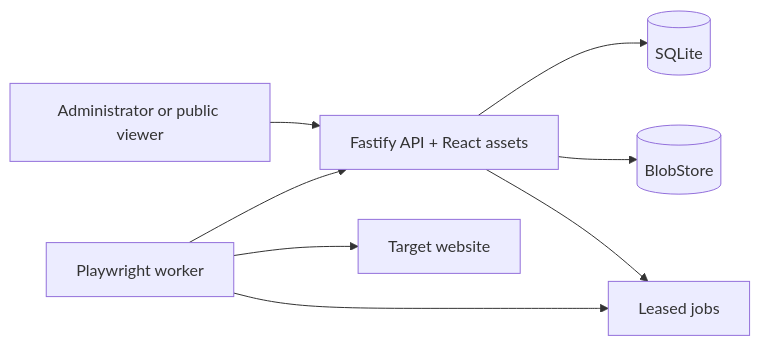
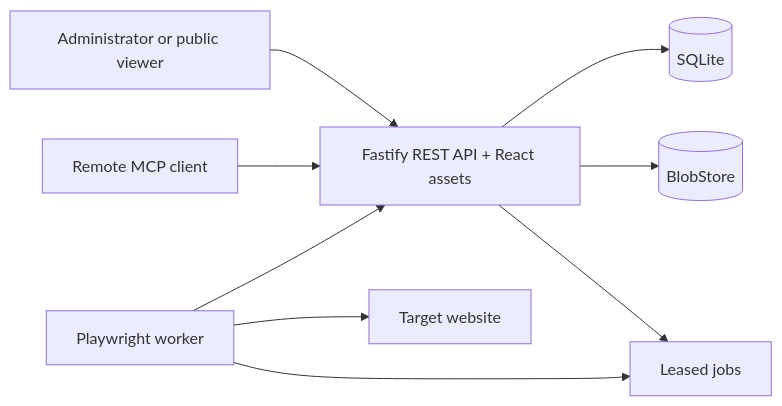
The diagram in docs/architecture.md (arts-link/screenshot-a-day), drawn with Mermaid before and after one commit. The commit also changed other lines of this file and 14 other files, not shown here.

````diff
--- a/docs/architecture.md
+++ b/docs/architecture.md
@@ -5,10 +5,11 @@
 ```mermaid
 flowchart LR
-  U["Administrator or public viewer"] --> A["Fastify API + React assets"]
+  U["Administrator or public viewer"] --> A["Fastify REST API + React assets"]
+  M["Remote MCP client"] --> A
   A --> D[("SQLite")]
   A --> B[("BlobStore")]
   A --> Q["Leased jobs"]
   W["Playwright worker"] --> Q
   W --> T["Target website"]
   W --> A
 ```
````
